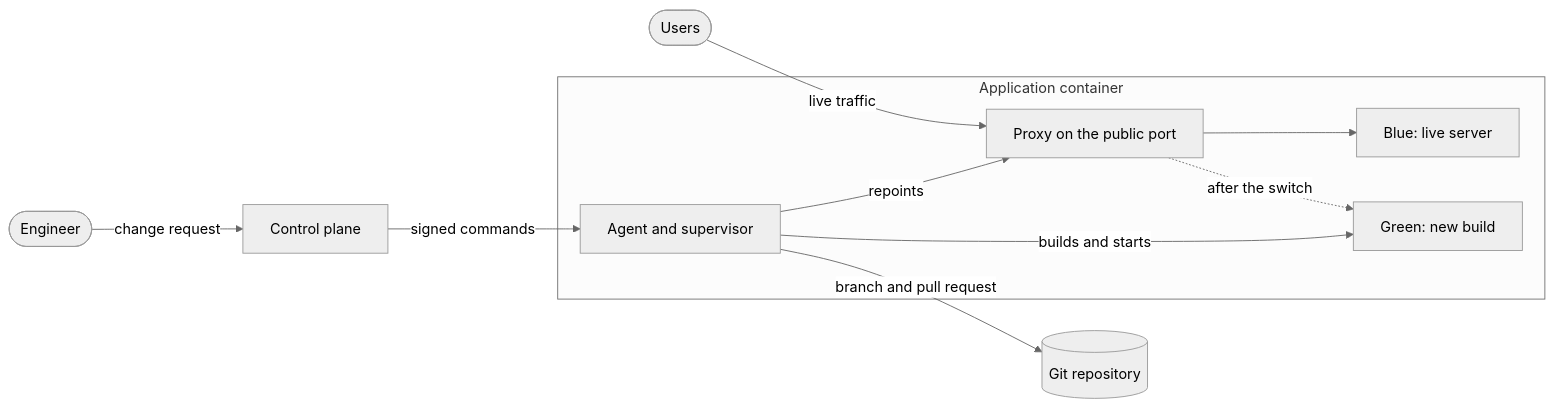
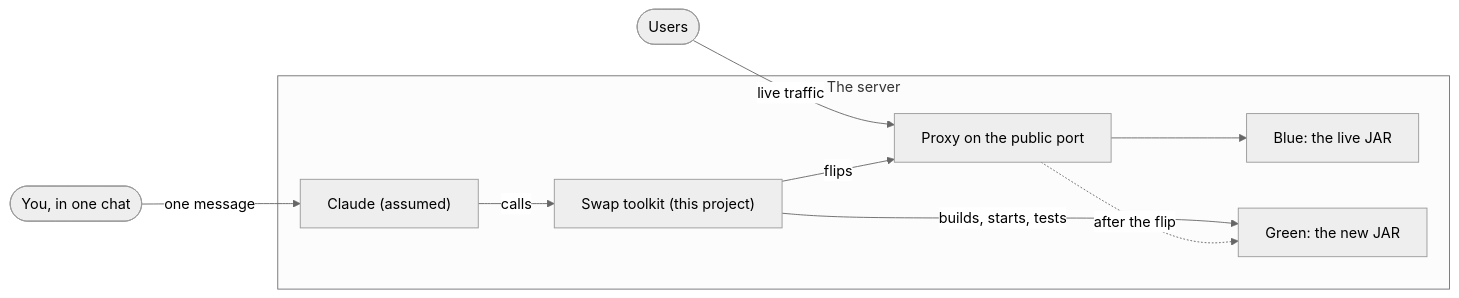
One commit to amitdu6ey/experiments changed the first of 5 diagrams in hot-server-swap/README.md. Above: the diagram before and after it, drawn with Mermaid (neutral theme). The commit also changed other lines of this file and 7 other files, not shown here.

First line of the commit message:
Add proxy (iteration 1), project map page and swap-focused README

````diff
--- a/hot-server-swap/README.md
+++ b/hot-server-swap/README.md
@@ -62,18 +68,18 @@
 ```mermaid
 flowchart LR
+    Y(["You, in one chat"]) -->|"one message"| CL
     U(["Users"]) -->|"live traffic"| P
-    E(["Engineer"]) -->|"change request"| CP["Control plane"]
-    CP -->|"signed commands"| AG
-    AG -->|"branch and pull request"| G[("Git repository")]
 
-    subgraph C["Application container"]
+    subgraph S["The server"]
+        CL["Claude (assumed)"]
+        TK["Swap toolkit (this project)"]
         P["Proxy on the public port"]
-        BL["Blue: live server"]
-        GR["Green: new build"]
-        AG["Agent and supervisor"]
+        BL["Blue: the live JAR"]
+        GR["Green: the new JAR"]
+        CL -->|"calls"| TK
+        TK -->|"builds, starts, tests"| GR
+        TK -->|"flips"| P
         P --> BL
-        P -.->|"after the switch"| GR
-        AG -->|"builds and starts"| GR
-        AG -->|"repoints"| P
+        P -.->|"after the flip"| GR
     end
 ```
````
